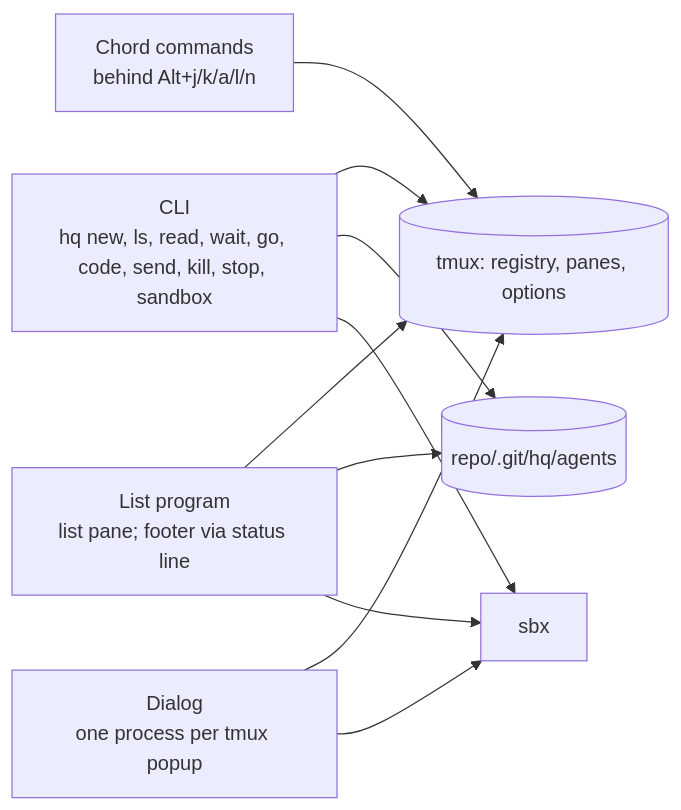
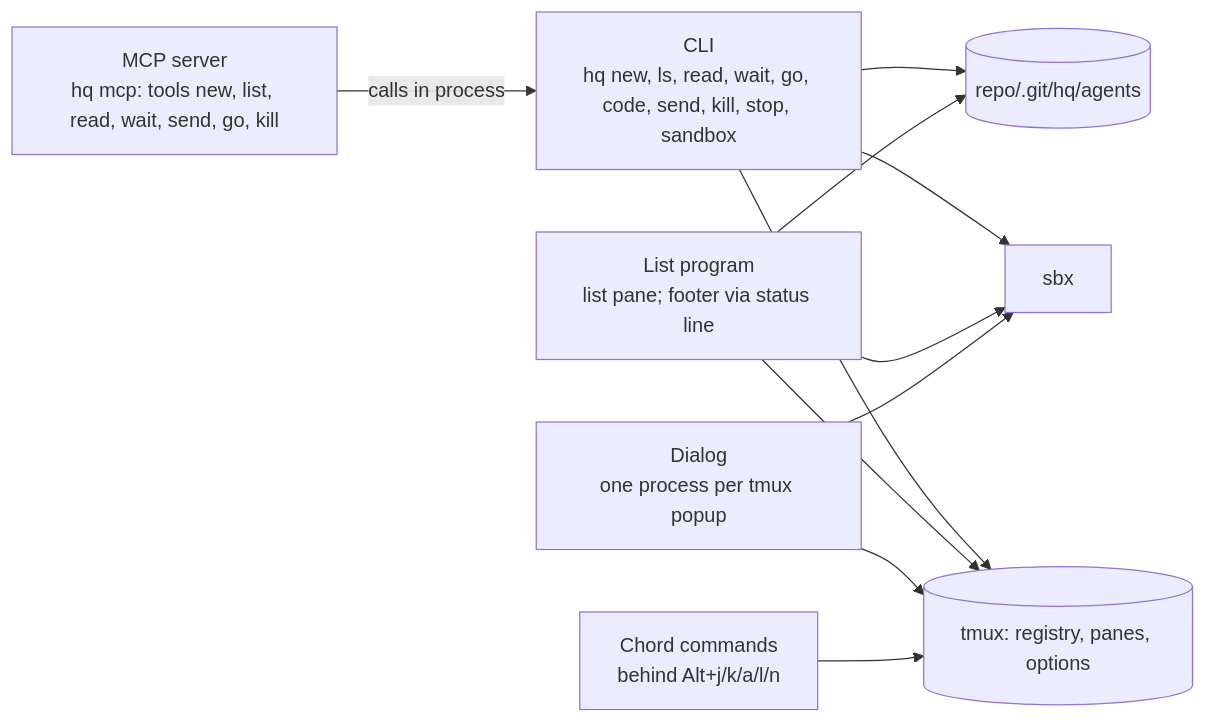
One commit to rkrysinski/hq changed the third of 4 diagrams in docs/design/hq.md. Above: the diagram before and after it, drawn with Mermaid. The commit also changed other lines of this file and 25 other files, not shown here.

First line of the commit message:
hq mcp: MCP server for Claude Desktop

````diff
--- a/docs/design/hq.md
+++ b/docs/design/hq.md
@@ -154,14 +154,16 @@
 ```mermaid
 flowchart LR
     CLI["CLI<br/>hq new, ls, read, wait, go, code, send, kill, stop, sandbox"]
     LIST["List program<br/>list pane; footer via status line"]
     DLG["Dialog<br/>one process per tmux popup"]
     CH["Chord commands<br/>behind Alt+j/k/a/l/n"]
+    MCP["MCP server<br/>hq mcp: tools new, list, read, wait, send, go, kill"]
     TM[("tmux: registry, panes, options")]
     ST[("repo/.git/hq/agents")]
     SBX["sbx"]
     CLI --> TM & ST & SBX
     LIST --> TM & ST & SBX
     DLG --> TM & SBX
     CH --> TM
+    MCP -- "calls in process" --> CLI
 ```
````
